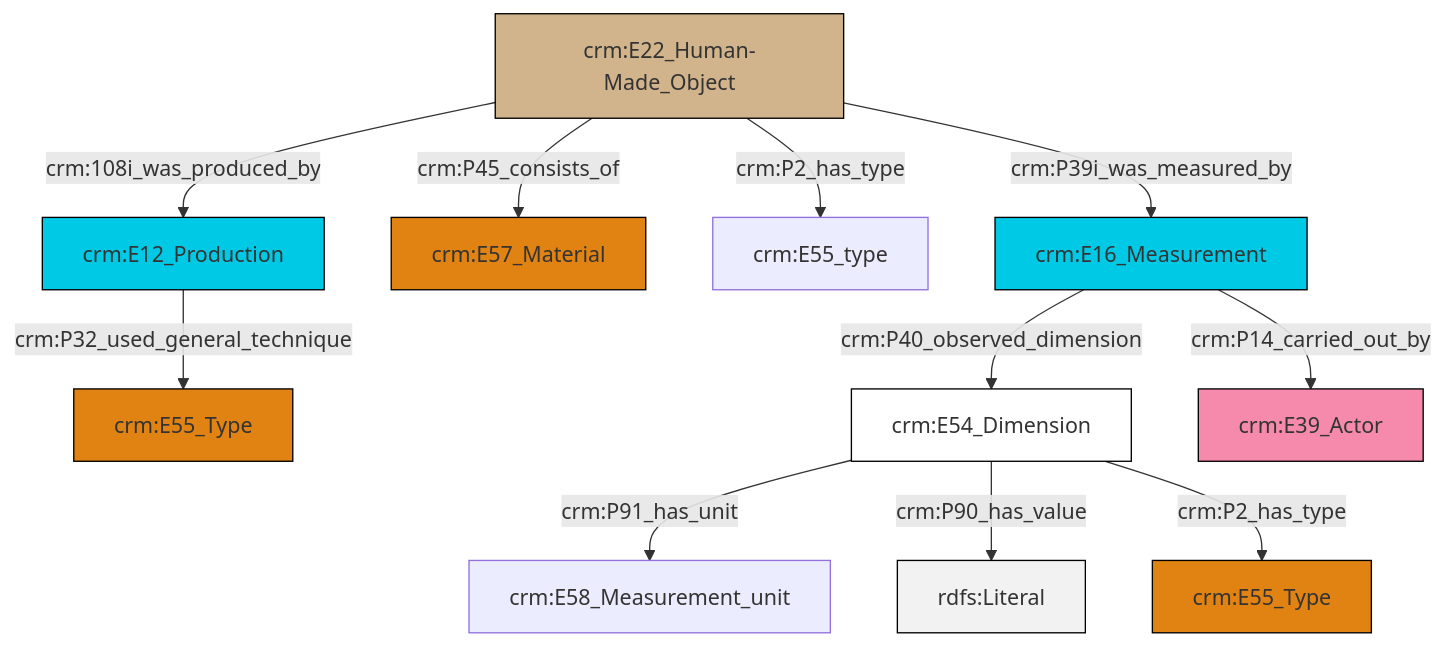
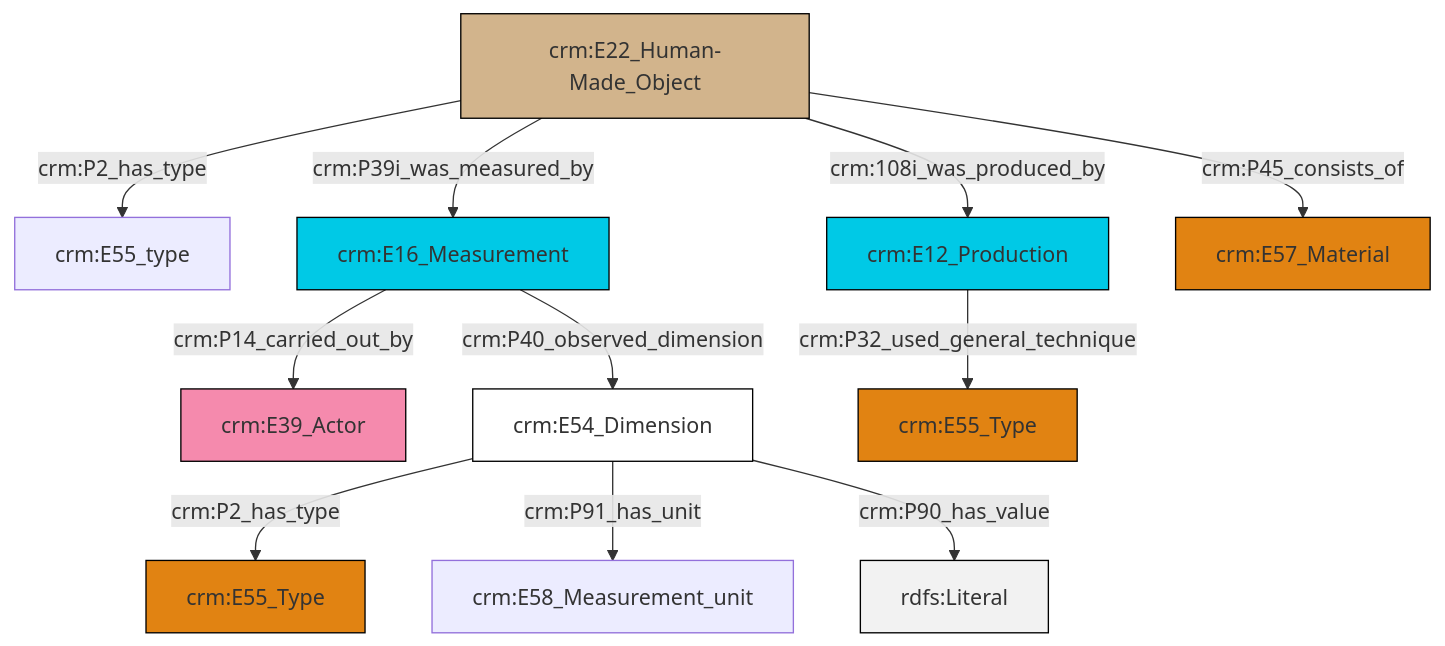
One commit to swiss-art-research-net/reference-data-models changed the diagram in et/artworkCSV/ttl/mmd/Artwork_substance.ttl.mmd. Above: the diagram before and after it, drawn with Mermaid. The commit also changed 148 other files, not shown here.

```diff
--- a/et/artworkCSV/ttl/mmd/Artwork_substance.ttl.mmd
+++ b/et/artworkCSV/ttl/mmd/Artwork_substance.ttl.mmd
@@ -1,25 +1,25 @@
 graph TD
 classDef Literal fill:#f2f2f2,stroke:#000000;
 classDef CRM_Entity fill:#FFFFFF,stroke:#000000;
 classDef Temporal_Entity fill:#00C9E6, stroke:#000000;
 classDef Type fill:#E18312, stroke:#000000;
 classDef Time-Span fill:#2C9C91, stroke:#000000;
 classDef Appellation fill:#FFEB7F, stroke:#000000;
 classDef Place fill:#008836, stroke:#000000;
 classDef Persistent_Item fill:#B266B2, stroke:#000000;
 classDef Conceptual_Object fill:#FFD700, stroke:#000000;
 classDef Physical_Thing fill:#D2B48C, stroke:#000000;
 classDef Actor fill:#f58aad, stroke:#000000;
 classDef PC_Classes fill:#4ce600, stroke:#000000;
 classDef Multi fill:#cccccc,stroke:#000000;
 
-0["crm:E54_Dimension"]:::CRM_Entity -->|crm:P91_has_unit| 1["crm:E58_Measurement_unit"]:::Default
-2["crm:E16_Measurement"]:::Temporal_Entity -->|crm:P40_observed_dimension| 0["crm:E54_Dimension"]:::CRM_Entity
-3["crm:E22_Human-Made_Object"]:::Physical_Thing -->|crm:108i_was_produced_by| 7["crm:E12_Production"]:::Temporal_Entity
-3["crm:E22_Human-Made_Object"]:::Physical_Thing -->|crm:P45_consists_of| 8["crm:E57_Material"]:::Type
-3["crm:E22_Human-Made_Object"]:::Physical_Thing -->|crm:P2_has_type| 5["crm:E55_type"]:::Default
-0["crm:E54_Dimension"]:::CRM_Entity -->|crm:P90_has_value| 12[rdfs:Literal]:::Literal
-0["crm:E54_Dimension"]:::CRM_Entity -->|crm:P2_has_type| 13["crm:E55_Type"]:::Type
-3["crm:E22_Human-Made_Object"]:::Physical_Thing -->|crm:P39i_was_measured_by| 2["crm:E16_Measurement"]:::Temporal_Entity
-7["crm:E12_Production"]:::Temporal_Entity -->|crm:P32_used_general_technique| 10["crm:E55_Type"]:::Type
-2["crm:E16_Measurement"]:::Temporal_Entity -->|crm:P14_carried_out_by| 18["crm:E39_Actor"]:::Actor
+0["crm:E22_Human-Made_Object"]:::Physical_Thing -->|crm:P2_has_type| 1["crm:E55_type"]:::Default
+4["crm:E16_Measurement"]:::Temporal_Entity -->|crm:P40_observed_dimension| 5["crm:E54_Dimension"]:::CRM_Entity
+5["crm:E54_Dimension"]:::CRM_Entity -->|crm:P2_has_type| 6["crm:E55_Type"]:::Type
+0["crm:E22_Human-Made_Object"]:::Physical_Thing -->|crm:P39i_was_measured_by| 4["crm:E16_Measurement"]:::Temporal_Entity
+5["crm:E54_Dimension"]:::CRM_Entity -->|crm:P91_has_unit| 9["crm:E58_Measurement_unit"]:::Default
+0["crm:E22_Human-Made_Object"]:::Physical_Thing -->|crm:P45_consists_of| 15["crm:E57_Material"]:::Type
+4["crm:E16_Measurement"]:::Temporal_Entity -->|crm:P14_carried_out_by| 2["crm:E39_Actor"]:::Actor
+7["crm:E12_Production"]:::Temporal_Entity -->|crm:P32_used_general_technique| 17["crm:E55_Type"]:::Type
+0["crm:E22_Human-Made_Object"]:::Physical_Thing -->|crm:108i_was_produced_by| 7["crm:E12_Production"]:::Temporal_Entity
+5["crm:E54_Dimension"]:::CRM_Entity -->|crm:P90_has_value| 19[rdfs:Literal]:::Literal
```
